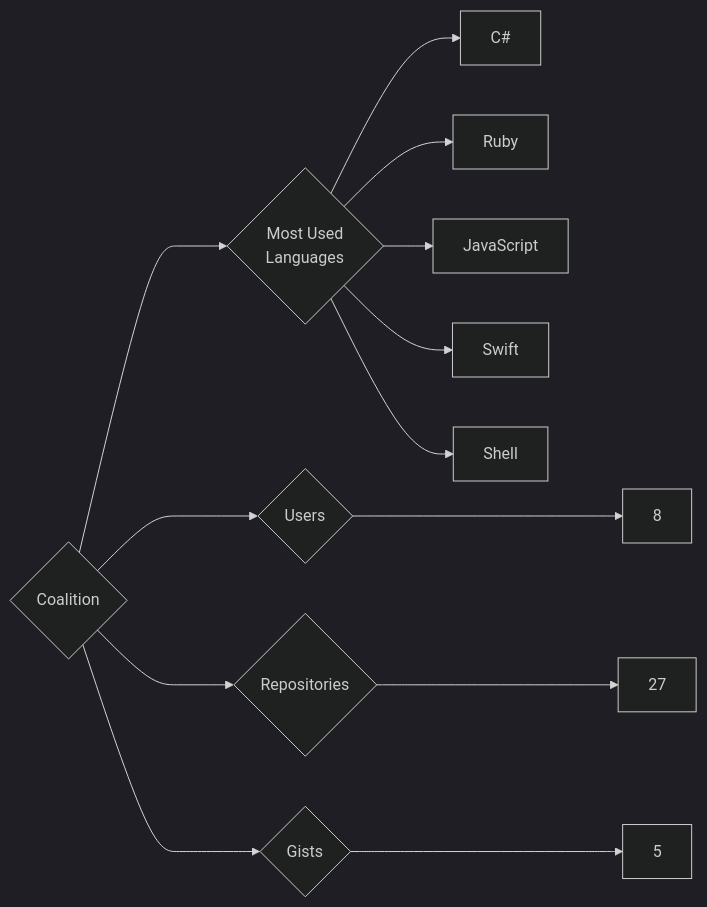
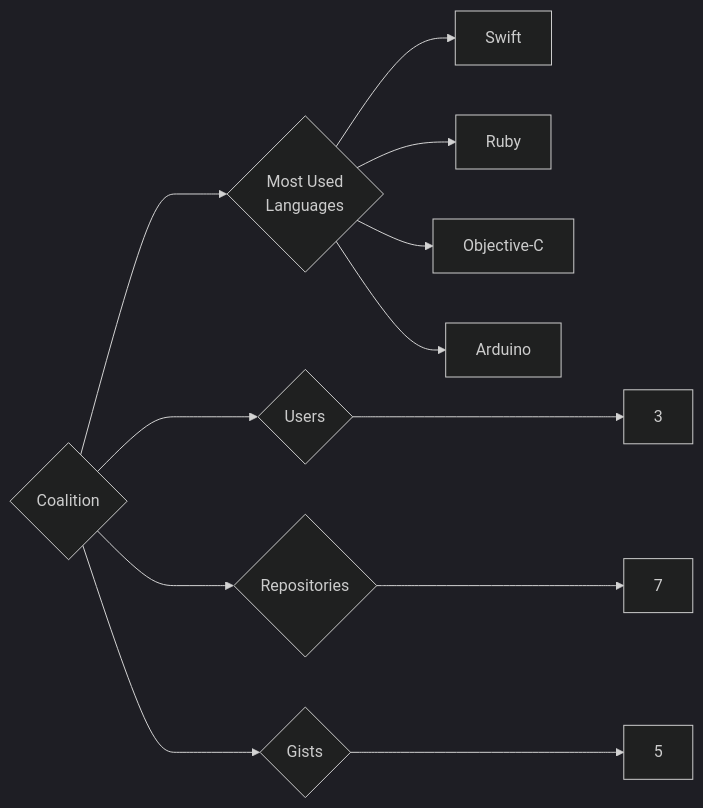
One commit to trickest/insiders changed the diagram in targets/Coalition/README.md. Above: the diagram before and after it, drawn with Mermaid (dark theme). The commit also changed 865 other files, not shown here.

````diff
--- a/targets/Coalition/README.md
+++ b/targets/Coalition/README.md
@@ -3,13 +3,12 @@
 ```mermaid
 graph LR
 COMPANY_NAME{Coalition}
-COMPANY_NAME ---> U{Users} ---> UN[8]
-COMPANY_NAME ---> R{Repositories} ---> RN[27]
+COMPANY_NAME ---> U{Users} ---> UN[3]
+COMPANY_NAME ---> R{Repositories} ---> RN[7]
 COMPANY_NAME ---> G{Gists} ---> GN[5]
 COMPANY_NAME ---> ML{Most Used<br>Languages}
-ML --> C#[C#]
+ML --> Swift[Swift]
 ML --> Ruby[Ruby]
-ML --> JavaScript[JavaScript]
-ML --> Swift[Swift]
-ML --> Shell[Shell]
+ML --> Objective-C[Objective-C]
+ML --> Arduino[Arduino]
 ```
````
